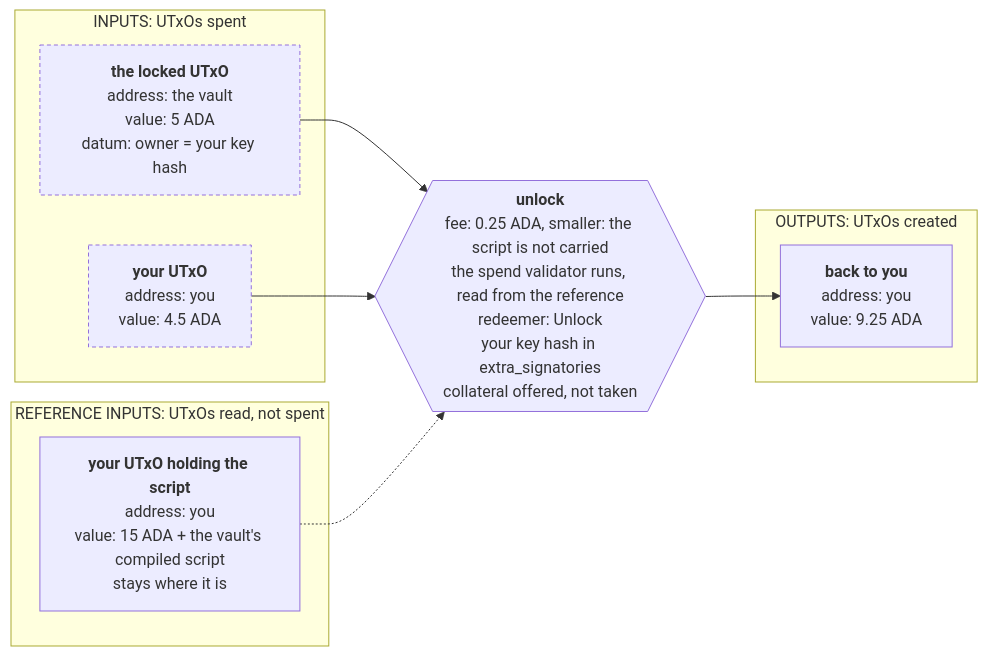
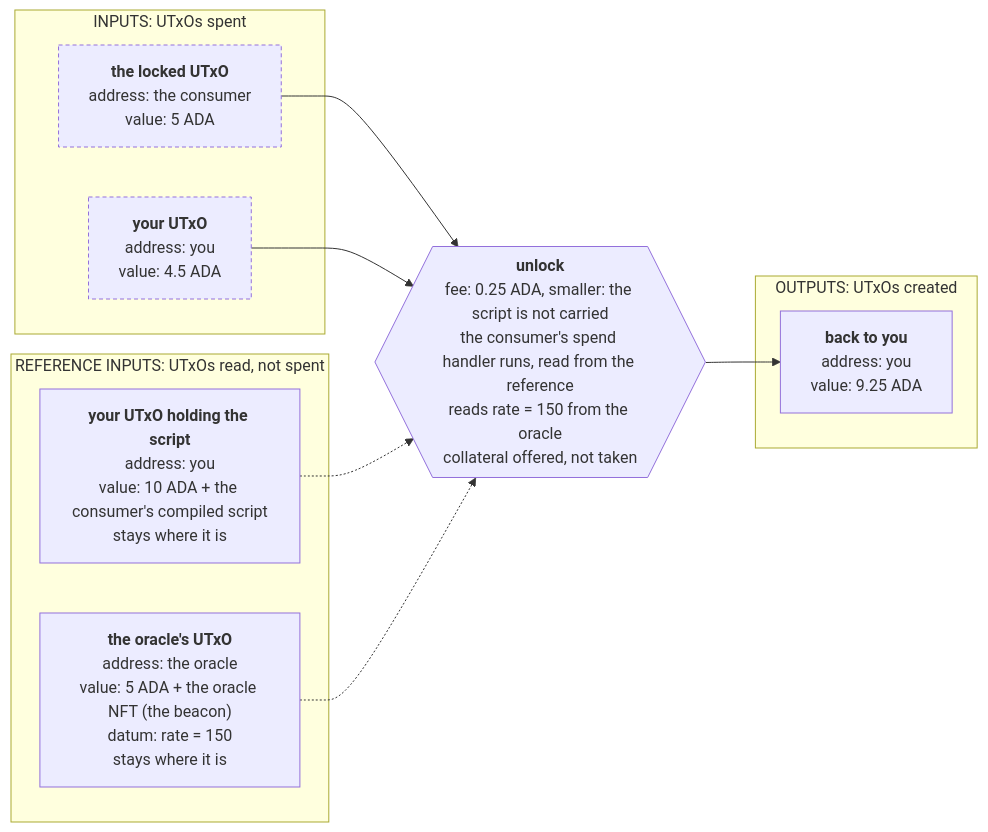
The first of 3 diagrams in docs/developers/onboarding/lectures/intermediate/13-reference-inputs-and-scripts.md (cardano-foundation/developer-portal), drawn with Mermaid before and after one commit. The commit also changed other lines of this file and 2 other files, not shown here.

Commit message:
Point lecture 13 at the oracle app and tighten its opening

````diff
--- a/docs/developers/onboarding/lectures/intermediate/13-reference-inputs-and-scripts.md
+++ b/docs/developers/onboarding/lectures/intermediate/13-reference-inputs-and-scripts.md
@@ -36,39 +32,43 @@
 ```mermaid
 flowchart LR
     subgraph IN["INPUTS: UTxOs spent"]
         I1["`**the locked UTxO**
-        address: the vault
-        value: 5 ADA
-        datum: owner = your key hash`"]
+        address: the consumer
+        value: 5 ADA`"]
         I2["`**your UTxO**
         address: you
         value: 4.5 ADA`"]
     end
 
     subgraph REF["REFERENCE INPUTS: UTxOs read, not spent"]
-        R["`**your UTxO holding the script**
+        S["`**your UTxO holding the script**
         address: you
-        value: 15 ADA + the vault's compiled script
+        value: 10 ADA + the consumer's compiled script
+        stays where it is`"]
+        R["`**the oracle's UTxO**
+        address: the oracle
+        value: 5 ADA + the oracle NFT (the beacon)
+        datum: rate = 150
         stays where it is`"]
     end
 
     TX{{"`**unlock**
     fee: 0.25 ADA, smaller: the script is not carried
-    the spend validator runs, read from the reference
-    redeemer: Unlock
-    your key hash in extra_signatories
+    the consumer's spend handler runs, read from the reference
+    reads rate = 150 from the oracle
     collateral offered, not taken`"}}
 
     subgraph OUT["OUTPUTS: UTxOs created"]
         O["`**back to you**
         address: you
         value: 9.25 ADA`"]
     end
 
     I1 --> TX --> O
     I2 --> TX
+    S -.-> TX
     R -.-> TX
 
     style I1 stroke-dasharray:4 3
     style I2 stroke-dasharray:4 3
 ```
````
